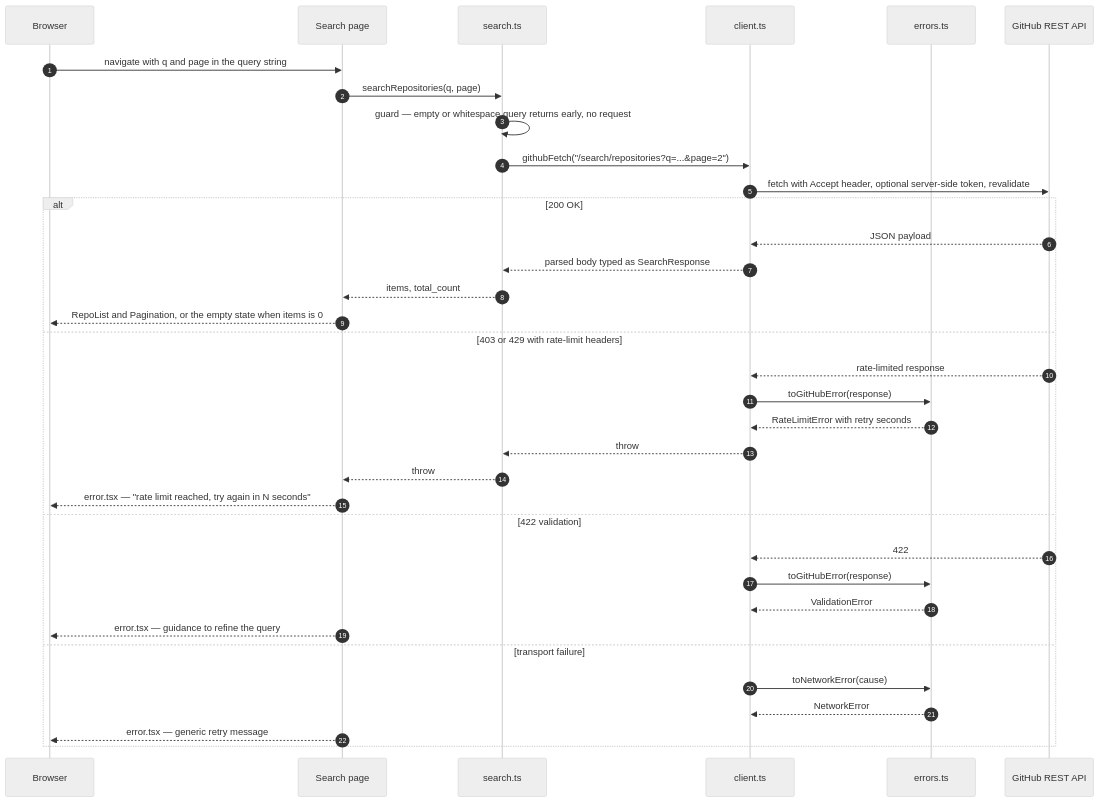
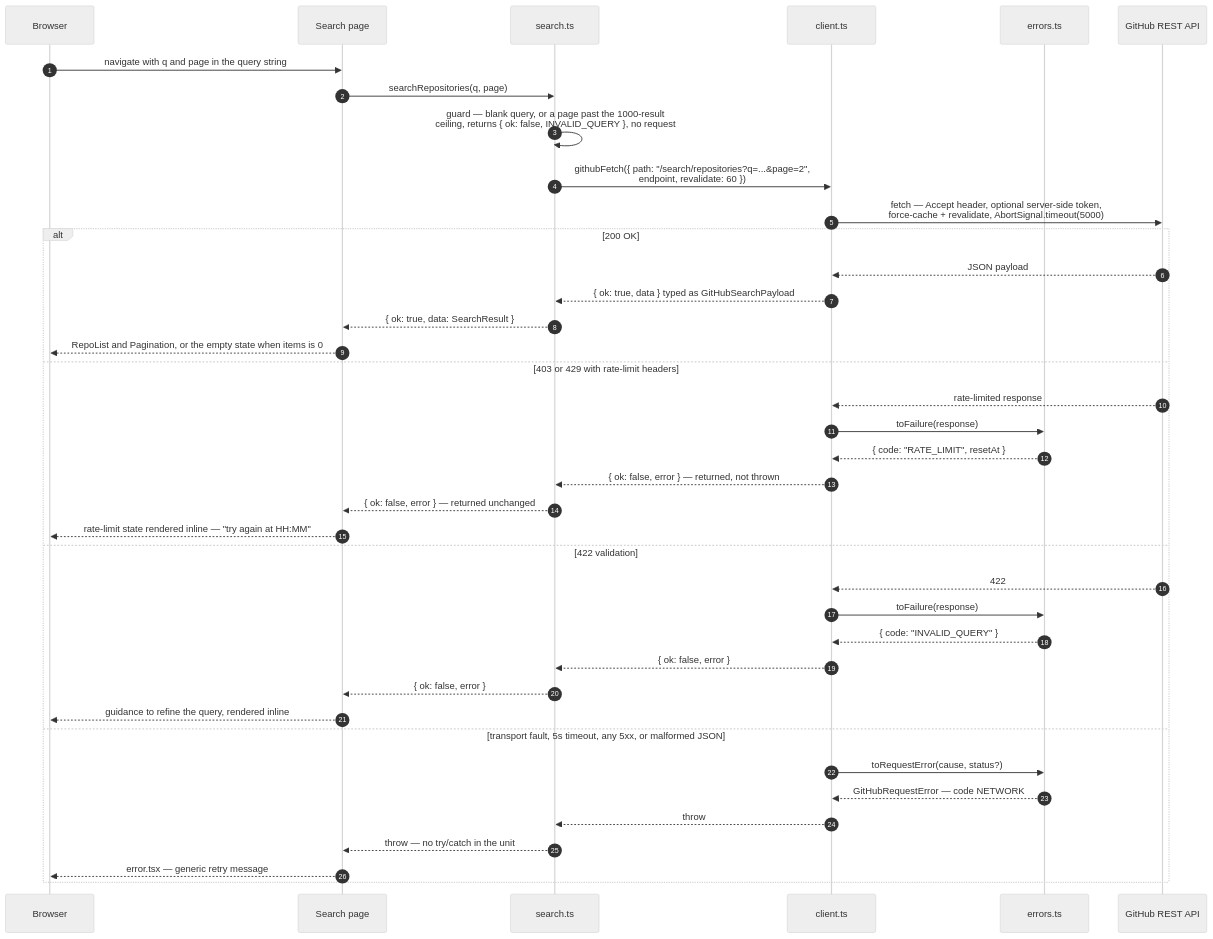
The fourth of 5 diagrams in docs/ARCHITECTURE.md (tommisullivan/github-repo-search), drawn with Mermaid (neutral theme) before and after one commit. The commit also changed other lines of this file and 33 other files, not shown here.

First line of the commit message:
Phase 1: typed, server-side GitHub client with named failures (#10)

````diff
--- a/docs/ARCHITECTURE.md
+++ b/docs/ARCHITECTURE.md
@@ -210,39 +229,43 @@
 ```mermaid
 sequenceDiagram
     autonumber
     participant U as Browser
     participant P as Search page
     participant S as search.ts
     participant C as client.ts
     participant E as errors.ts
     participant G as GitHub REST API
 
     U->>P: navigate with q and page in the query string
     P->>S: searchRepositories(q, page)
-    S->>S: guard — empty or whitespace query returns early, no request
-    S->>C: githubFetch("/search/repositories?q=...&page=2")
-    C->>G: fetch with Accept header, optional server-side token, revalidate
+    S->>S: guard — blank query, or a page past the 1000-result<br/>ceiling, returns { ok: false, INVALID_QUERY }, no request
+    S->>C: githubFetch({ path: "/search/repositories?q=...&page=2",<br/>endpoint, revalidate: 60 })
+    C->>G: fetch — Accept header, optional server-side token,<br/>force-cache + revalidate, AbortSignal.timeout(5000)
 
     alt 200 OK
         G-->>C: JSON payload
-        C-->>S: parsed body typed as SearchResponse
-        S-->>P: items, total_count
+        C-->>S: { ok: true, data } typed as GitHubSearchPayload
+        S-->>P: { ok: true, data: SearchResult }
         P-->>U: RepoList and Pagination, or the empty state when items is 0
     else 403 or 429 with rate-limit headers
         G-->>C: rate-limited response
-        C->>E: toGitHubError(response)
-        E-->>C: RateLimitError with retry seconds
-        C-->>S: throw
-        S-->>P: throw
-        P-->>U: error.tsx — "rate limit reached, try again in N seconds"
+        C->>E: toFailure(response)
+        E-->>C: { code: "RATE_LIMIT", resetAt }
+        C-->>S: { ok: false, error } — returned, not thrown
+        S-->>P: { ok: false, error } — returned unchanged
+        P-->>U: rate-limit state rendered inline — "try again at HH:MM"
     else 422 validation
         G-->>C: 422
-        C->>E: toGitHubError(response)
-        E-->>C: ValidationError
-        P-->>U: error.tsx — guidance to refine the query
-    else transport failure
-        C->>E: toNetworkError(cause)
-        E-->>C: NetworkError
+        C->>E: toFailure(response)
+        E-->>C: { code: "INVALID_QUERY" }
+        C-->>S: { ok: false, error }
+        S-->>P: { ok: false, error }
+        P-->>U: guidance to refine the query, rendered inline
+    else transport fault, 5s timeout, any 5xx, or malformed JSON
+        C->>E: toRequestError(cause, status?)
+        E-->>C: GitHubRequestError — code NETWORK
+        C-->>S: throw
+        S-->>P: throw — no try/catch in the unit
         P-->>U: error.tsx — generic retry message
     end
 ```
````
